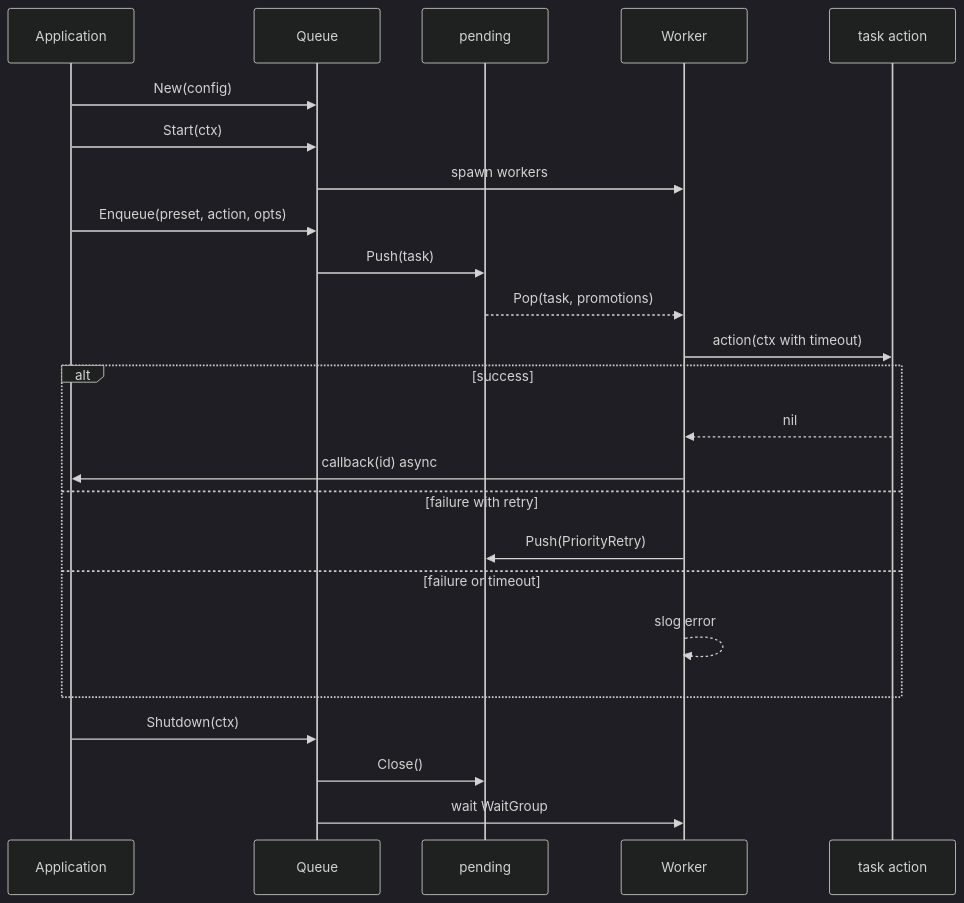
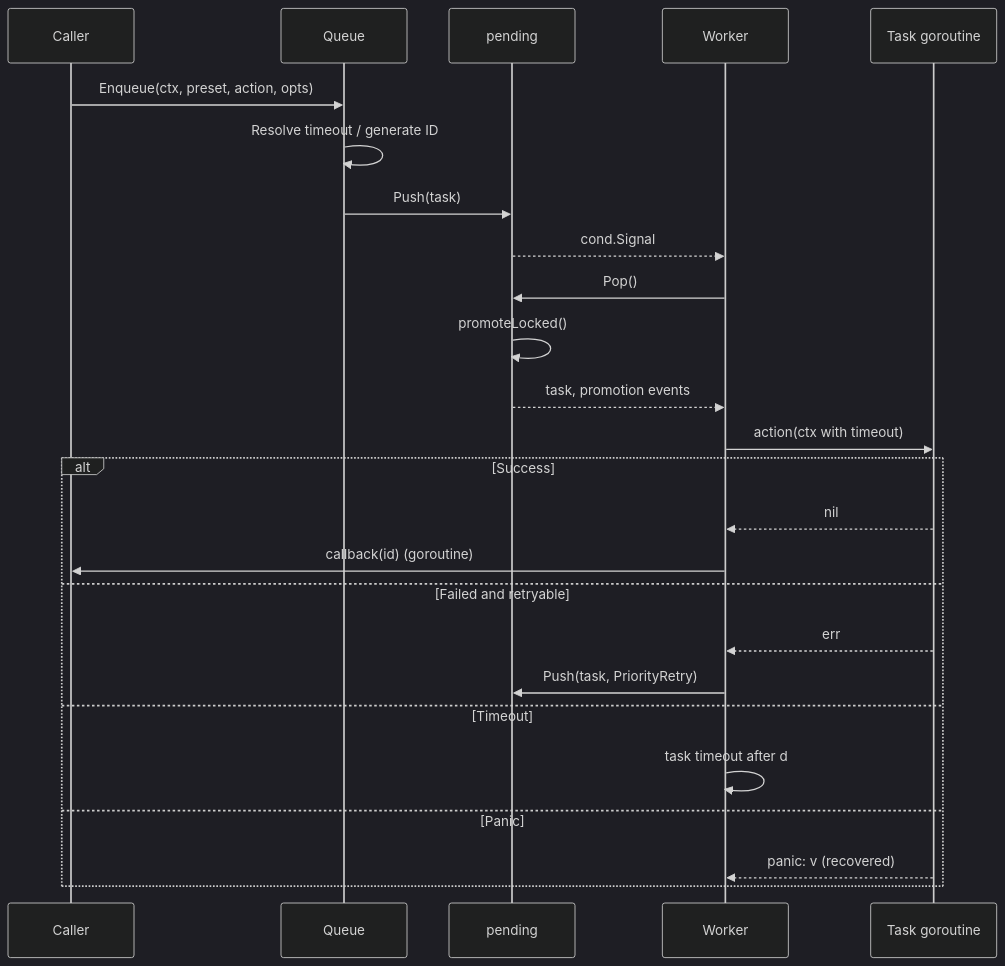
The seventh of 9 diagrams in doc/architecture.md (pardnchiu/go-queue), drawn with Mermaid (dark theme) before and after one commit. The commit also changed other lines of this file and 7 other files, not shown here.

Commit message:
doc: Regenerate bilingual README, usage docs, and architecture for core package

````diff
--- a/doc/architecture.md
+++ b/doc/architecture.md
@@ -95,27 +139,27 @@
 ```mermaid
 sequenceDiagram
-    participant App as Application
+    participant C as Caller
     participant Q as Queue
     participant P as pending
     participant W as Worker
-    participant T as task action
-
-    App->>Q: New(config)
-    App->>Q: Start(ctx)
-    Q->>W: spawn workers
-    App->>Q: Enqueue(preset, action, opts)
+    participant T as Task goroutine
+    C->>Q: Enqueue(ctx, preset, action, opts)
+    Q->>Q: Resolve timeout / generate ID
     Q->>P: Push(task)
-    P-->>W: Pop(task, promotions)
+    P-->>W: cond.Signal
+    W->>P: Pop()
+    P->>P: promoteLocked()
+    P-->>W: task, promotion events
     W->>T: action(ctx with timeout)
-    alt success
+    alt Success
         T-->>W: nil
-        W->>App: callback(id) async
-    else failure with retry
-        W->>P: Push(PriorityRetry)
-    else failure or timeout
-        W-->>W: slog error
+        W->>C: callback(id) (goroutine)
+    else Failed and retryable
+        T-->>W: err
+        W->>P: Push(task, PriorityRetry)
+    else Timeout
+        W->>W: task timeout after d
+    else Panic
+        T-->>W: panic: v (recovered)
     end
-    App->>Q: Shutdown(ctx)
-    Q->>P: Close()
-    Q->>W: wait WaitGroup
 ```
````
